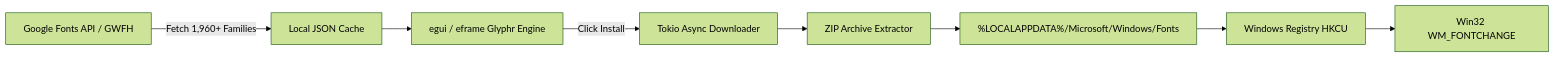
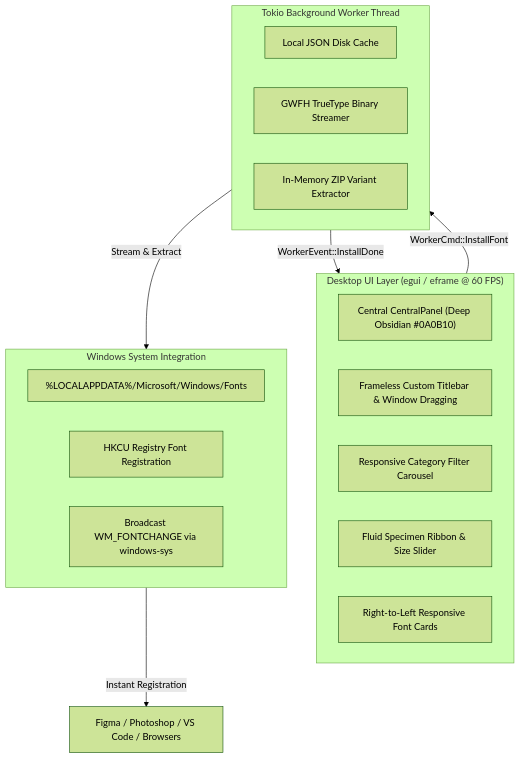
Before and after one commit to armoniapush/glyphr: the diagram in README.md, drawn with Mermaid (forest theme). The commit also changed other lines of this file and 1 other file, not shown here.

Commit message:
docs: enrich README with visual comparison, architecture diagram, badges, and MIT license

````diff
--- a/README.md
+++ b/README.md
@@ -29,10 +70,27 @@
 ```mermaid
-flowchart LR
-    CatalogAPI["Google Fonts API / GWFH"] -->|Fetch 1,960+ Families| CatalogService[Local JSON Cache]
-    CatalogService --> UI["egui / eframe Glyphr Engine"]
-    UI -->|Click Install| Worker[Tokio Async Downloader]
-    Worker --> Extractor[ZIP Archive Extractor]
-    Extractor --> FontsDir["%LOCALAPPDATA%/Microsoft/Windows/Fonts"]
-    FontsDir --> WinReg["Windows Registry HKCU"]
-    WinReg --> Broadcast["Win32 WM_FONTCHANGE"]
+flowchart TD
+    subgraph UI ["Desktop UI Layer (egui / eframe @ 60 FPS)"]
+        CentralPanel["Central CentralPanel (Deep Obsidian #0A0B10)"]
+        CustomTitleBar["Frameless Custom Titlebar & Window Dragging"]
+        FilterCarousel["Responsive Category Filter Carousel"]
+        SpecimenBar["Fluid Specimen Ribbon & Size Slider"]
+        FontCards["Right-to-Left Responsive Font Cards"]
+    end
+
+    subgraph AsyncWorker ["Tokio Background Worker Thread"]
+        CatalogCache["Local JSON Disk Cache"]
+        APIClient["GWFH TrueType Binary Streamer"]
+        ZipExtractor["In-Memory ZIP Variant Extractor"]
+    end
+
+    subgraph OSIntegration ["Windows System Integration"]
+        UserFontsDir["%LOCALAPPDATA%/Microsoft/Windows/Fonts"]
+        UserRegistry["HKCU Registry Font Registration"]
+        Win32Broadcast["Broadcast WM_FONTCHANGE via windows-sys"]
+    end
+
+    UI -->|WorkerCmd::InstallFont| AsyncWorker
+    AsyncWorker -->|Stream & Extract| OSIntegration
+    OSIntegration -->|Instant Registration| RunningApps["Figma / Photoshop / VS Code / Browsers"]
+    AsyncWorker -->|WorkerEvent::InstallDone| UI
 ```
````
